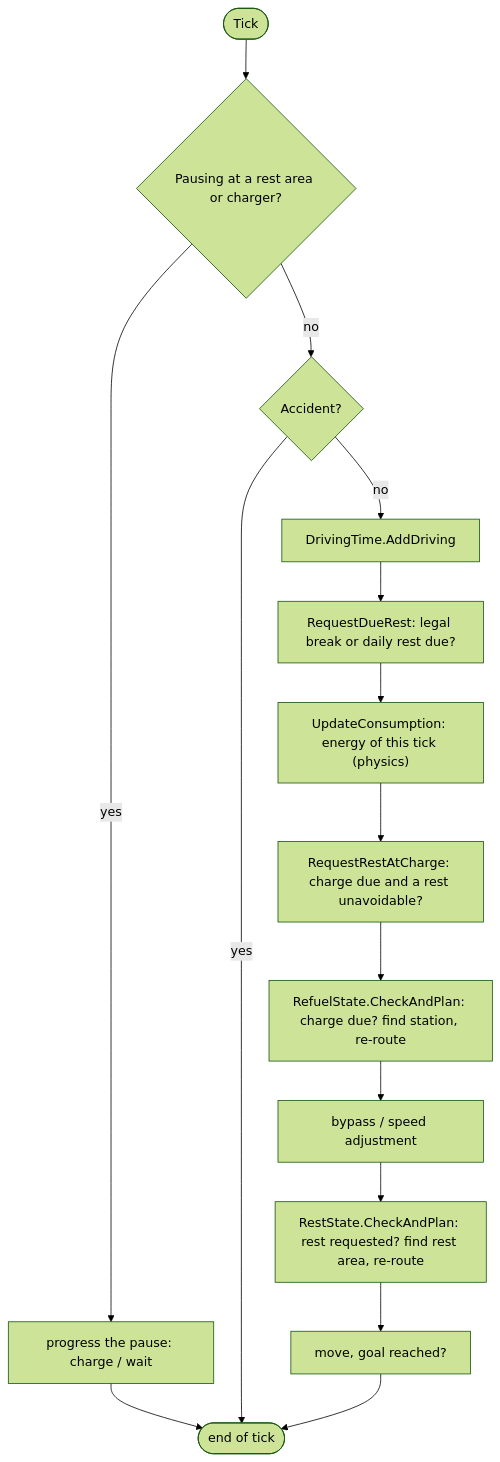
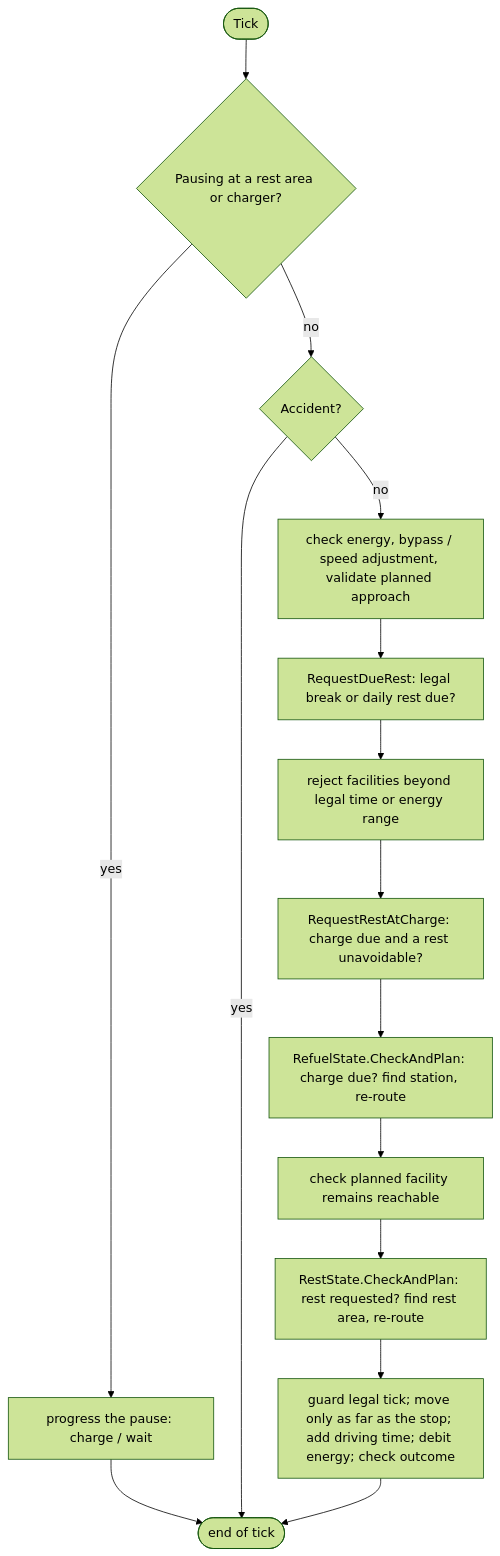
Before and after one commit to MARS-Group-HAW/model-soh: the first of 4 diagrams in SOHTruckFuelAlternativeBox/docs/driving-behaviour.md, drawn with Mermaid (forest theme). The commit also changed other lines of this file and 12 other files, not shown here.

````diff
--- a/SOHTruckFuelAlternativeBox/docs/driving-behaviour.md
+++ b/SOHTruckFuelAlternativeBox/docs/driving-behaviour.md
@@ -17,16 +17,16 @@
 ```mermaid
 flowchart TD
     A([Tick]) --> B{"Pausing at a rest area or charger?"}
     B -- yes --> B1["progress the pause: charge / wait"] --> Z([end of tick])
     B -- no --> C{"Accident?"}
     C -- yes --> Z
-    C -- no --> D["DrivingTime.AddDriving"]
+    C -- no --> D["check energy, bypass / speed adjustment, validate planned approach"]
     D --> E["RequestDueRest: legal break or daily rest due?"]
-    E --> F["UpdateConsumption: energy of this tick (physics)"]
+    E --> F["reject facilities beyond legal time or energy range"]
     F --> G["RequestRestAtCharge: charge due and a rest unavoidable?"]
     G --> H["RefuelState.CheckAndPlan: charge due? find station, re-route"]
-    H --> I["bypass / speed adjustment"]
+    H --> I["check planned facility remains reachable"]
     I --> J["RestState.CheckAndPlan: rest requested? find rest area, re-route"]
-    J --> K["move, goal reached?"]
+    J --> K["guard legal tick; move only as far as the stop; add driving time; debit energy; check outcome"]
     K --> Z
 ```
````
